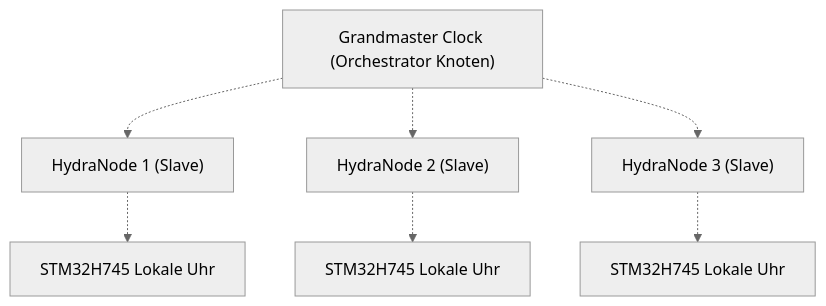
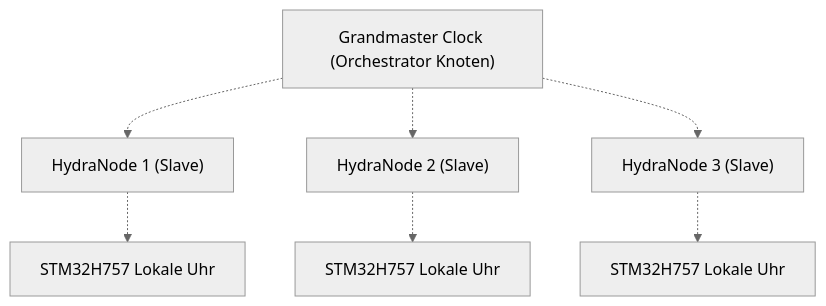
Before and after one commit to JuanenRac/HYDRA-UMC-SWARM-SYNC: the diagram in README_deu.md, drawn with Mermaid (neutral theme). The commit also changed other lines of this file and 7 other files, not shown here.

````diff
--- a/README_deu.md
+++ b/README_deu.md
@@ -95,9 +95,9 @@
 ```mermaid
 flowchart TD
     GM["Grandmaster Clock (Orchestrator Knoten)"] -.-> S1["HydraNode 1 (Slave)"]
     GM -.-> S2["HydraNode 2 (Slave)"]
     GM -.-> S3["HydraNode 3 (Slave)"]
-    S1 -.-> H745_1["STM32H745 Lokale Uhr"]
-    S2 -.-> H745_2["STM32H745 Lokale Uhr"]
-    S3 -.-> H745_3["STM32H745 Lokale Uhr"]
+    S1 -.-> H745_1["STM32H757 Lokale Uhr"]
+    S2 -.-> H745_2["STM32H757 Lokale Uhr"]
+    S3 -.-> H745_3["STM32H757 Lokale Uhr"]
 ```
````
